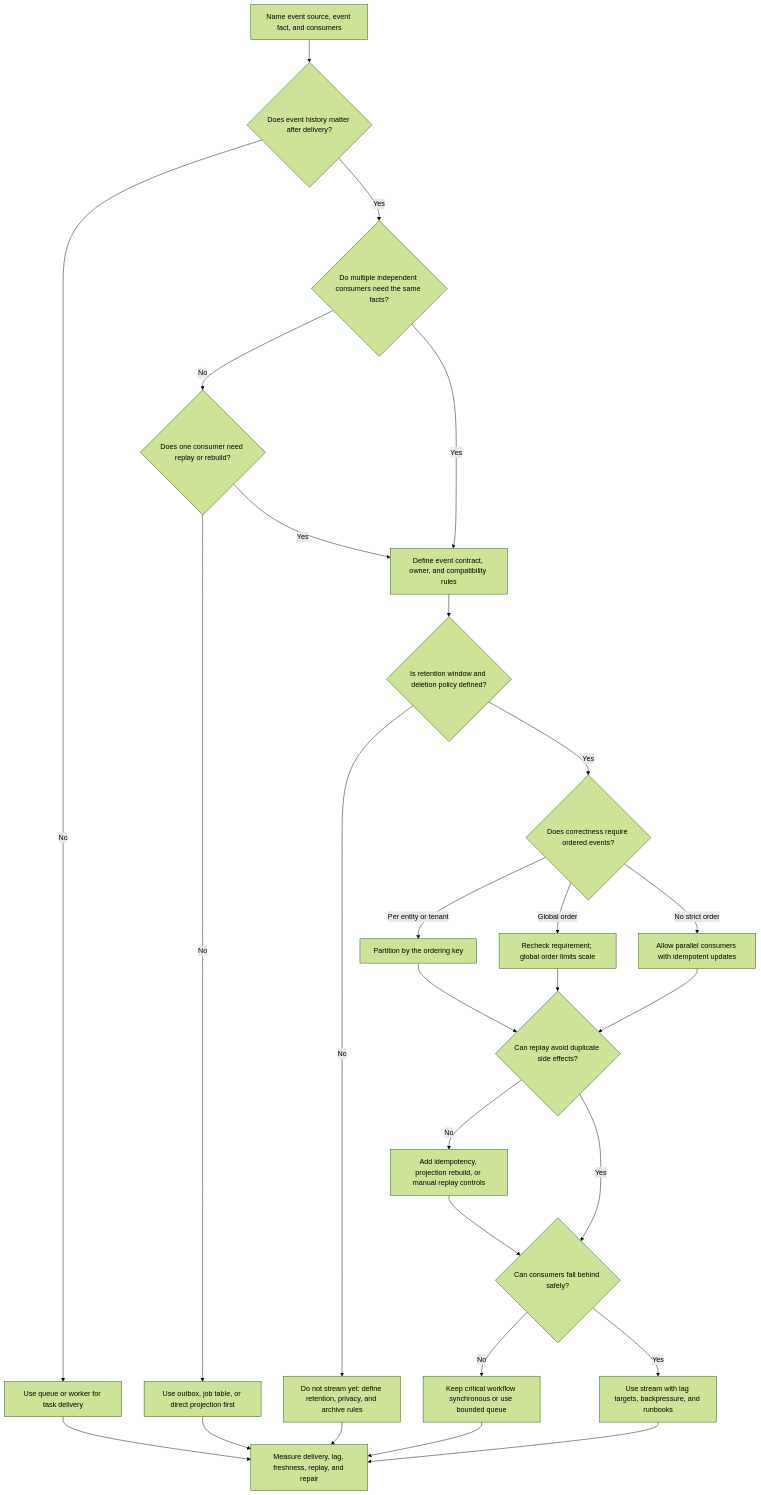
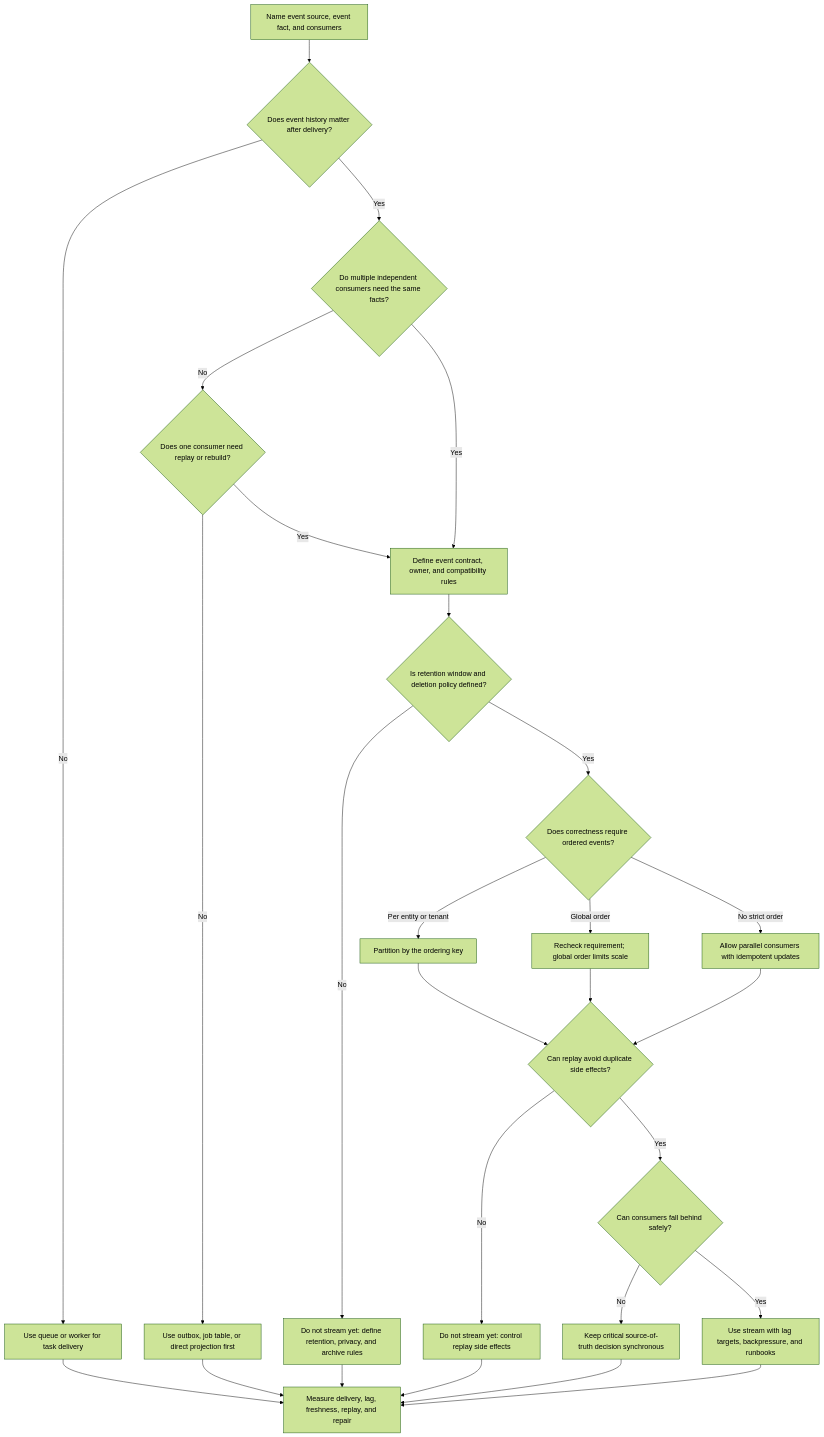
Before and after one commit to LeonSilva15/system-design: the first of 2 diagrams in docs/components/stream.md, drawn with Mermaid (forest theme). The commit also changed other lines of this file, not shown here.

Commit message:
docs(components): SDC-E04-T07 address stream review

````diff
--- a/docs/components/stream.md
+++ b/docs/components/stream.md
@@ -78,38 +78,38 @@
 ```mermaid
 flowchart TD
     Start[Name event source, event fact, and consumers] --> History{Does event history matter after delivery?}
 
     History -->|No| Queue[Use queue or worker for task delivery]
     History -->|Yes| Consumers{Do multiple independent consumers need the same facts?}
 
     Consumers -->|No| ReplayNeed{Does one consumer need replay or rebuild?}
     Consumers -->|Yes| Contract[Define event contract, owner, and compatibility rules]
 
     ReplayNeed -->|No| Simpler[Use outbox, job table, or direct projection first]
     ReplayNeed -->|Yes| Contract
 
     Contract --> Retention{Is retention window and deletion policy defined?}
     Retention -->|No| Stop[Do not stream yet: define retention, privacy, and archive rules]
     Retention -->|Yes| Ordering{Does correctness require ordered events?}
 
     Ordering -->|Per entity or tenant| Partition[Partition by the ordering key]
     Ordering -->|Global order| Rethink[Recheck requirement; global order limits scale]
     Ordering -->|No strict order| Parallel[Allow parallel consumers with idempotent updates]
 
     Partition --> Replay{Can replay avoid duplicate side effects?}
     Rethink --> Replay
     Parallel --> Replay
 
-    Replay -->|No| Guard[Add idempotency, projection rebuild, or manual replay controls]
+    Replay -->|No| Guard[Do not stream yet: control replay side effects]
     Replay -->|Yes| Lag{Can consumers fall behind safely?}
 
-    Guard --> Lag
-    Lag -->|No| SyncOrQueue[Keep critical workflow synchronous or use bounded queue]
+    Guard --> Observe
+    Lag -->|No| Critical[Keep critical source-of-truth decision synchronous]
     Lag -->|Yes| Stream[Use stream with lag targets, backpressure, and runbooks]
 
     Queue --> Observe[Measure delivery, lag, freshness, replay, and repair]
     Simpler --> Observe
     Stop --> Observe
-    SyncOrQueue --> Observe
+    Critical --> Observe
     Stream --> Observe
 ```
````
